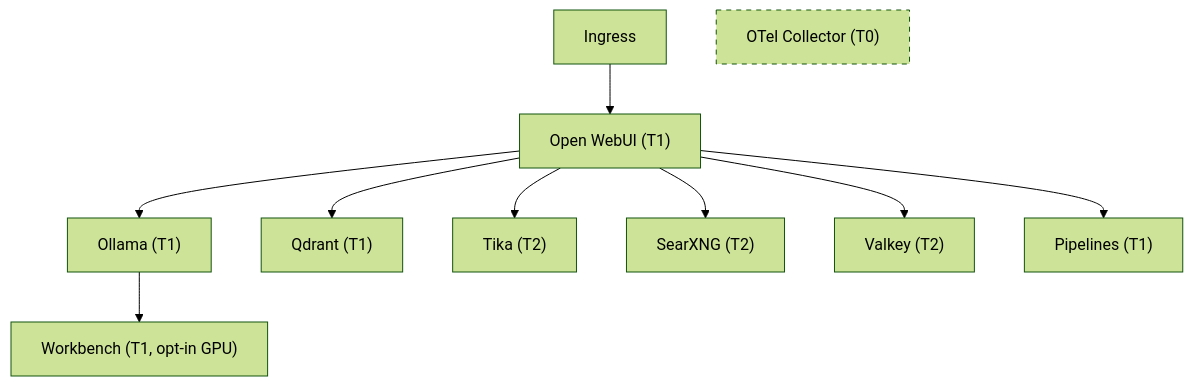
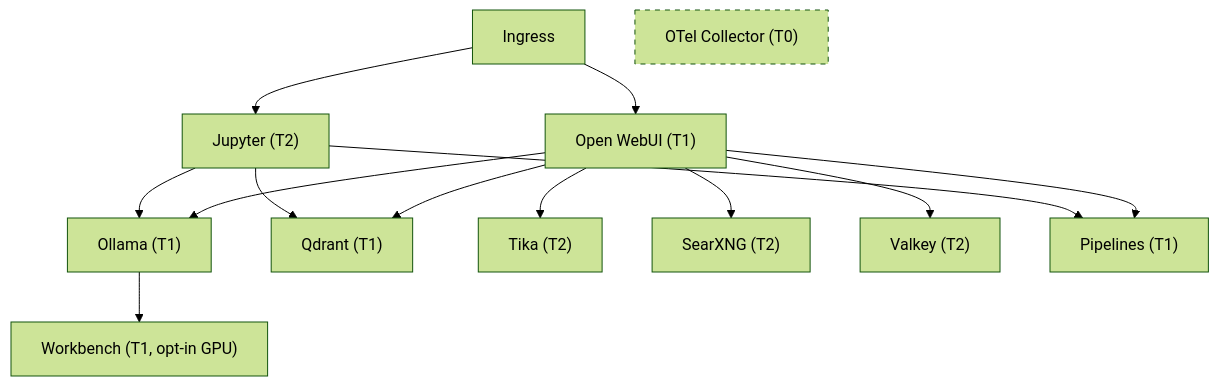
One commit to rmednitzer/ai-stack changed the diagram in README.md. Above: the diagram before and after it, drawn with Mermaid (forest theme).

Commit message:
Add Jupyter to the architecture diagram
Jupyter was documented in the tier table, component toggles, and secrets
sections but missing from the Mermaid diagram. Add it with its actual
network edges (Ingress, Ollama, Qdrant, Pipelines) derived from the
NetworkPolicy definitions.

https://claude.ai/code/session_01Q3aD7cZwmGYQEFoV678XmZ

````diff
--- a/README.md
+++ b/README.md
@@ -11,17 +11,22 @@
 ```mermaid
 graph TD
   Ingress --> OpenWebUI["Open WebUI (T1)"]
+  Ingress --> Jupyter["Jupyter (T2)"]
 
   OpenWebUI --> Ollama["Ollama (T1)"]
   OpenWebUI --> Qdrant["Qdrant (T1)"]
   OpenWebUI --> Tika["Tika (T2)"]
   OpenWebUI --> SearXNG["SearXNG (T2)"]
   OpenWebUI --> Valkey["Valkey (T2)"]
   OpenWebUI --> Pipelines["Pipelines (T1)"]
 
+  Jupyter --> Ollama
+  Jupyter --> Qdrant
+  Jupyter --> Pipelines
+
   Ollama --> Workbench["Workbench (T1, opt-in GPU)"]
 
   OTel["OTel Collector (T0)"]
 
   style OTel stroke-dasharray: 5 5
 ```
````
